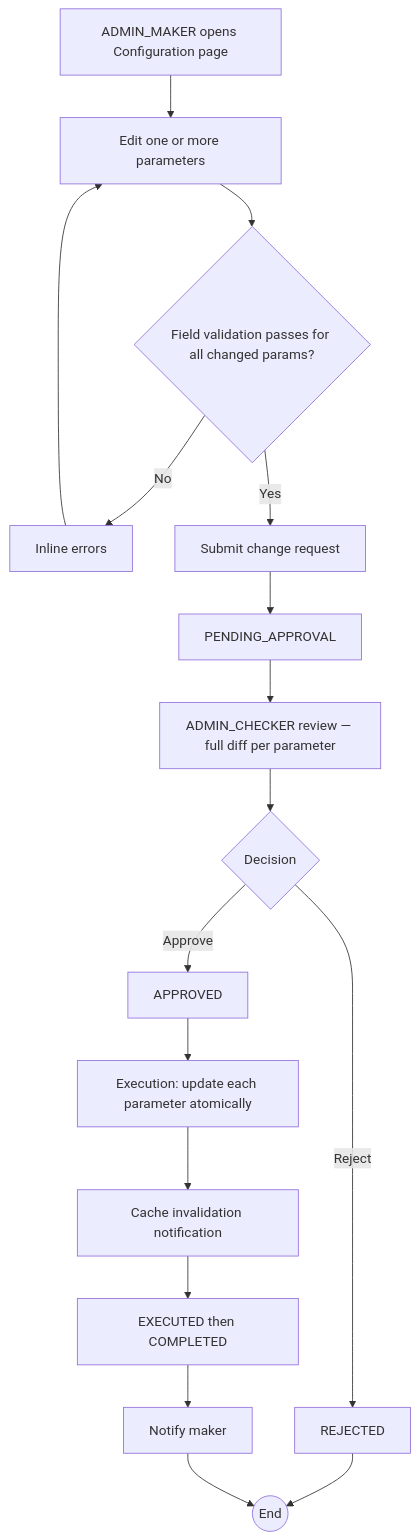
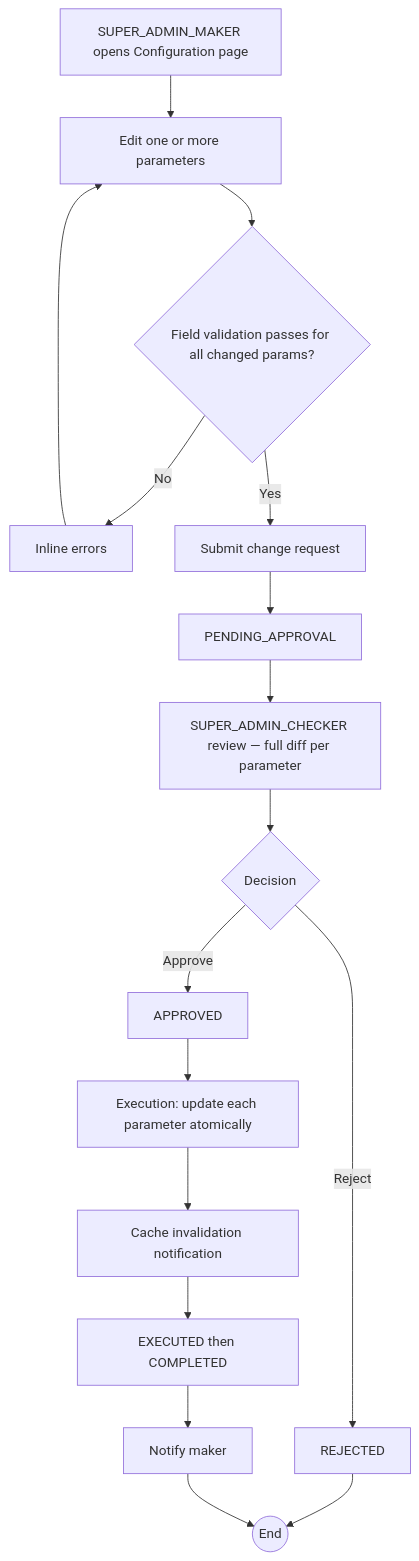
The diagram in Docs/1-Requirements/Workflows/WF-013-system-configuration-update.md (ruthvikchandravanam/Nexus-CA), drawn with Mermaid before and after one commit. The commit also changed other lines of this file and 33 other files, not shown here.

````diff
--- a/Docs/1-Requirements/Workflows/WF-013-system-configuration-update.md
+++ b/Docs/1-Requirements/Workflows/WF-013-system-configuration-update.md
@@ -21,17 +21,17 @@
 ```mermaid
 flowchart TD
-    A[ADMIN_MAKER opens Configuration page] --> B[Edit one or more parameters]
+    A[SUPER_ADMIN_MAKER opens Configuration page] --> B[Edit one or more parameters]
     B --> C{Field validation passes for all changed params?}
     C -- No --> C1[Inline errors] --> B
     C -- Yes --> D[Submit change request]
     D --> E[PENDING_APPROVAL]
-    E --> F[ADMIN_CHECKER review — full diff per parameter]
+    E --> F[SUPER_ADMIN_CHECKER review — full diff per parameter]
     F --> G{Decision}
     G -- Reject --> R[REJECTED] --> Z((End))
     G -- Approve --> H[APPROVED]
     H --> I[Execution: update each parameter atomically]
     I --> J[Cache invalidation notification]
     J --> K[EXECUTED then COMPLETED]
     K --> L[Notify maker]
     L --> Z
 ```
````
